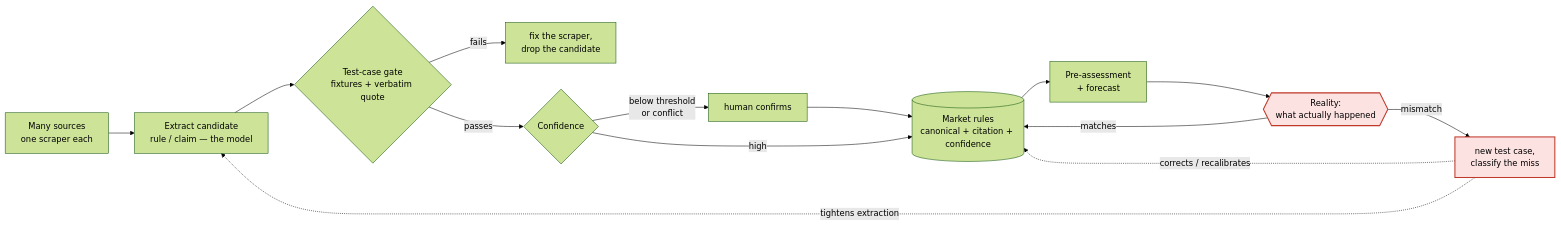
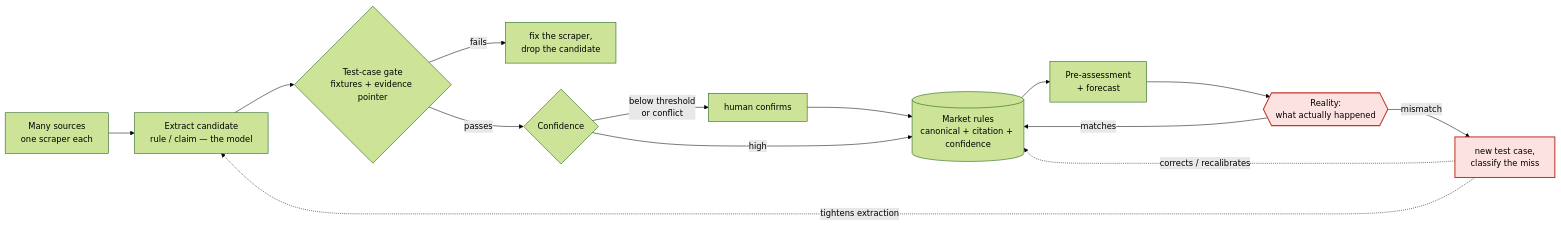
The ninth of 9 diagrams in README.md (msporchia/sku-regulatory-intelligenc), drawn with Mermaid (forest theme) before and after one commit. The commit also changed other lines of this file, not shown here.

Commit message:
Rework worked example on Ritual Essential for Women; add sourcing/certification model, split status, evidence pointers; condense

````diff
--- a/README.md
+++ b/README.md
@@ -367,18 +402,18 @@
 ```mermaid
 flowchart LR
   SRC["Many sources<br/>one scraper each"] --> EXT["Extract candidate<br/>rule / claim — the model"]
-  EXT --> TC{"Test-case gate<br/>fixtures + verbatim quote"}
+  EXT --> TC{"Test-case gate<br/>fixtures + evidence pointer"}
   TC -->|fails| FIX["fix the scraper,<br/>drop the candidate"]
   TC -->|passes| CONF{"Confidence"}
   CONF -->|below threshold<br/>or conflict| HUM["human confirms"]
   CONF -->|high| STORE
   HUM --> STORE[("Market rules<br/>canonical + citation + confidence")]
   STORE --> FC["Pre-assessment<br/>+ forecast"]
   FC --> REAL{{"Reality:<br/>what actually happened"}}
   REAL -->|matches| STORE
   REAL -->|mismatch| NEW["new test case,<br/>classify the miss"]
   NEW -.->|tightens extraction| EXT
   NEW -.->|corrects / recalibrates| STORE
   classDef loop fill:#fde2e2,stroke:#c0392b,stroke-width:2px,color:#000;
   class REAL,NEW loop;
 ```
````
